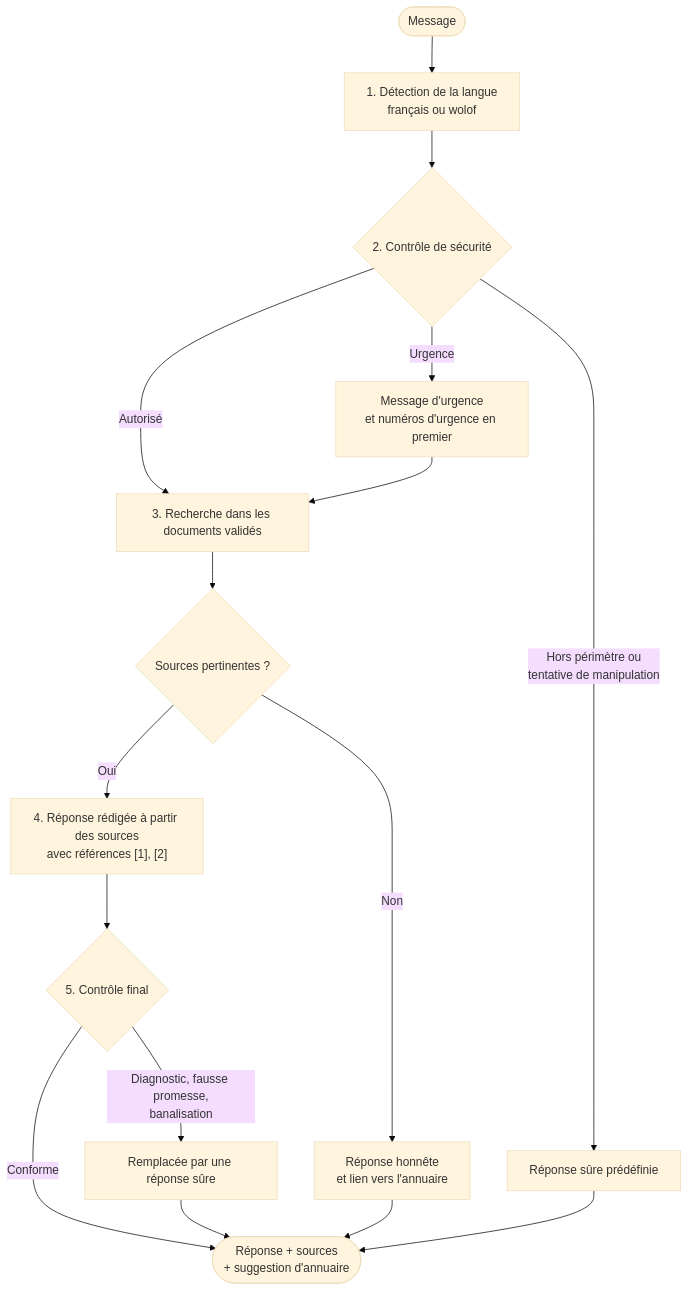
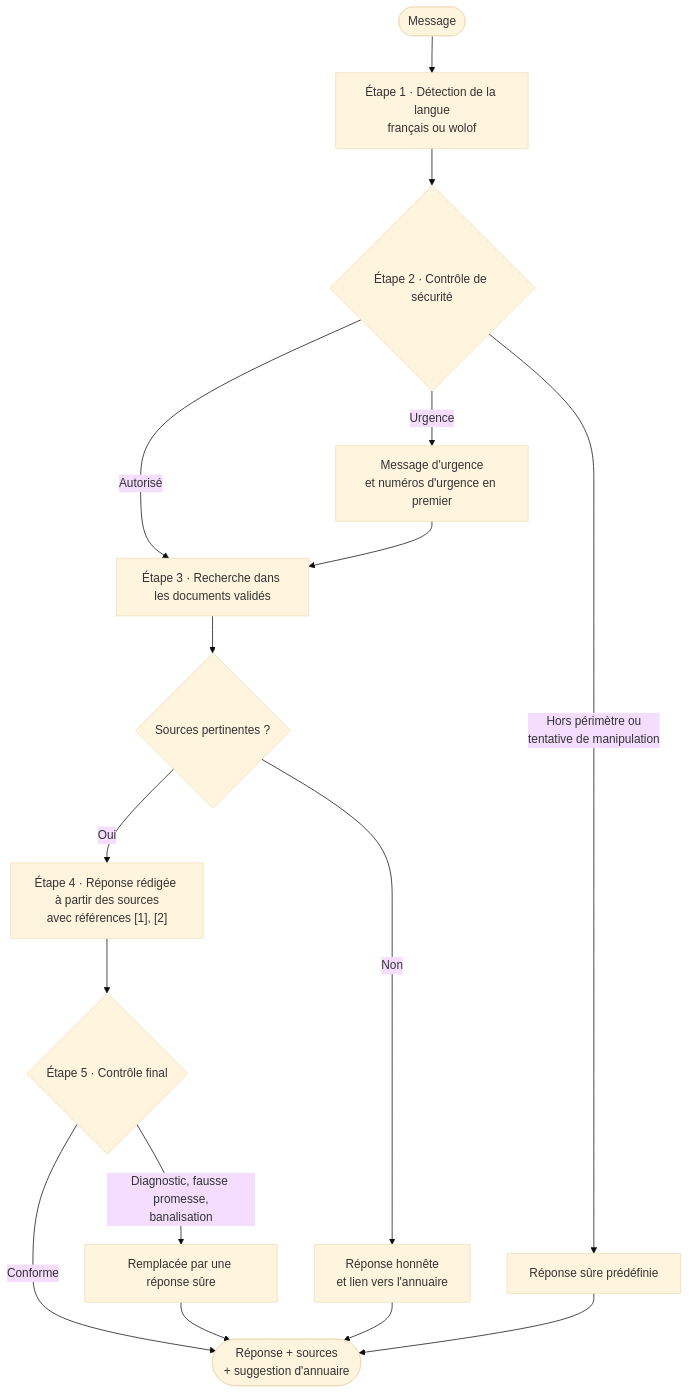
One commit to Dioumadev221/SUNUSAFEGUARD-AI changed the second of 3 diagrams in README.fr.md. Above: the diagram before and after it, drawn with Mermaid (base theme). The commit also changed 1 other file, not shown here.

Commit message:
Fix the assistant flow diagram so it renders on GitHub

````diff
--- a/README.fr.md
+++ b/README.fr.md
@@ -288,19 +288,19 @@
 ```mermaid
 flowchart TD
-    IN(["Message"]) --> LANG["1. Détection de la langue<br/>français ou wolof"]
-    LANG --> SAFE{"2. Contrôle de sécurité"}
+    IN(["Message"]) --> LANG["Étape 1 · Détection de la langue<br/>français ou wolof"]
+    LANG --> SAFE{"Étape 2 · Contrôle de sécurité"}
     SAFE -->|"Urgence"| URG["Message d'urgence<br/>et numéros d'urgence en premier"]
     SAFE -->|"Hors périmètre ou<br/>tentative de manipulation"| FIX["Réponse sûre prédéfinie"]
     SAFE -->|"Autorisé"| SEARCH
-    URG --> SEARCH["3. Recherche dans les documents validés"]
+    URG --> SEARCH["Étape 3 · Recherche dans les documents validés"]
     SEARCH --> FOUND{"Sources pertinentes ?"}
     FOUND -->|"Non"| NONE["Réponse honnête<br/>et lien vers l'annuaire"]
-    FOUND -->|"Oui"| GEN["4. Réponse rédigée à partir des sources<br/>avec références [1], [2]"]
-    GEN --> CHECK{"5. Contrôle final"}
+    FOUND -->|"Oui"| GEN["Étape 4 · Réponse rédigée à partir des sources<br/>avec références [1], [2]"]
+    GEN --> CHECK{"Étape 5 · Contrôle final"}
     CHECK -->|"Diagnostic, fausse promesse,<br/>banalisation"| SAFEANS["Remplacée par une réponse sûre"]
     CHECK -->|"Conforme"| OUT
     SAFEANS --> OUT
     NONE --> OUT
     FIX --> OUT
     OUT(["Réponse + sources<br/>+ suggestion d'annuaire"])
 ```
````
